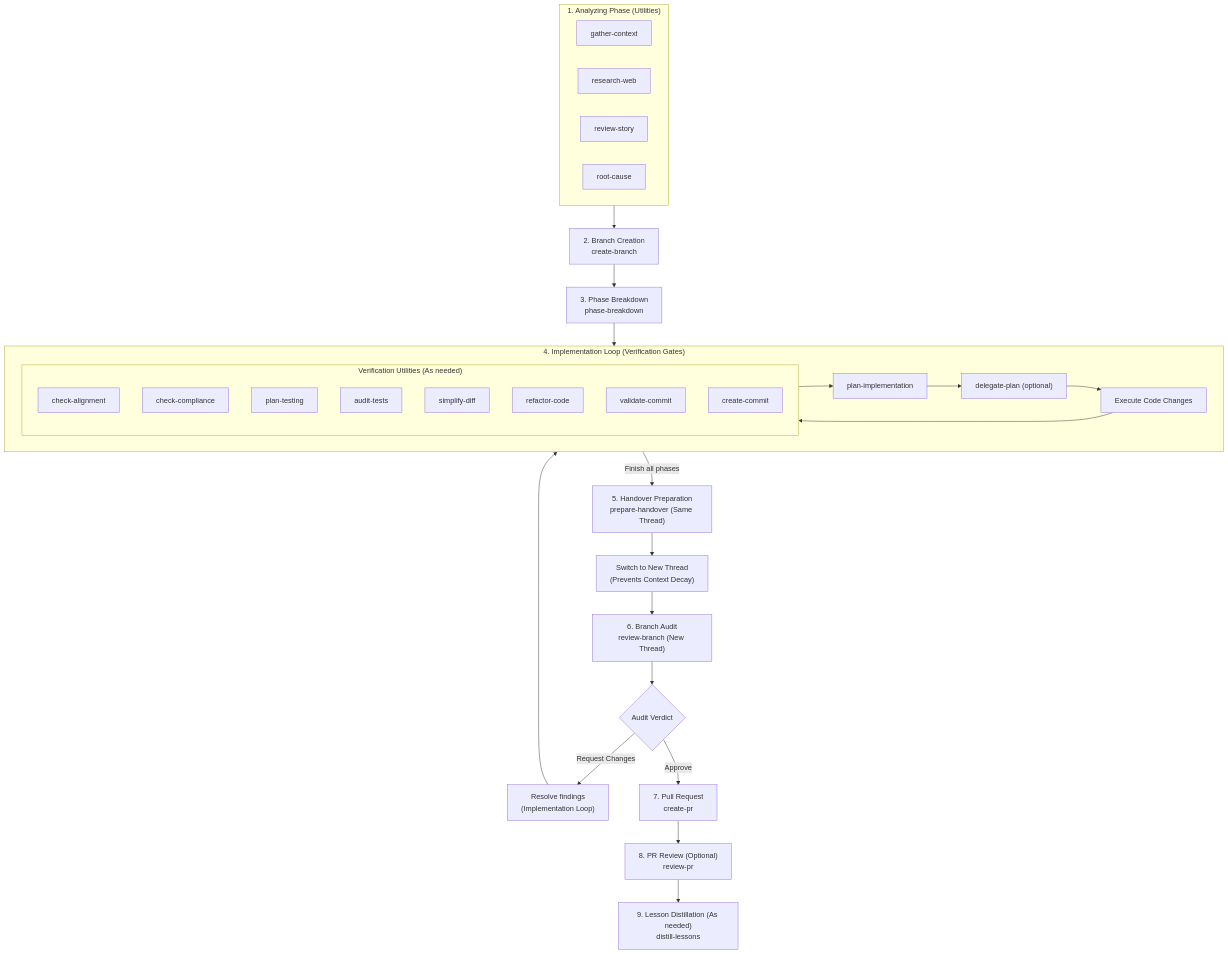
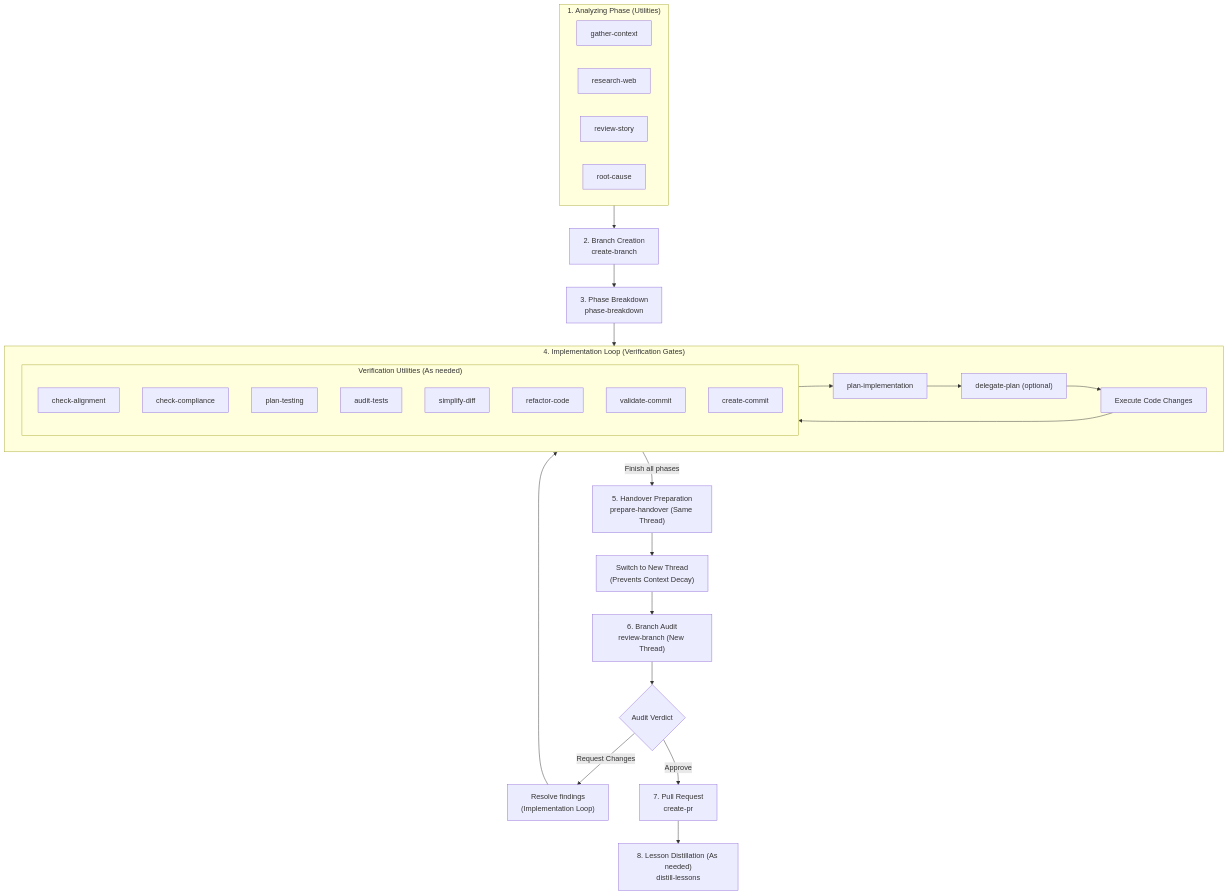
The diagram in LIFECYCLE.md (jrobertogarcia/agent-workflows), drawn with Mermaid before and after one commit. The commit also changed other lines of this file and 3 other files, not shown here.

````diff
--- a/LIFECYCLE.md
+++ b/LIFECYCLE.md
@@ -13,65 +13,63 @@
 ```mermaid
 graph TD
     %% Analyzing Phase
     subgraph Analyzing ["1. Analyzing Phase (Utilities)"]
         GC["gather-context"]
         RW["research-web"]
         RS["review-story"]
         RC["root-cause"]
     end
 
     %% Branch & Plan Phase
     CB["2. Branch Creation<br>create-branch"]
     PB["3. Phase Breakdown<br>phase-breakdown"]
     
     subgraph Loop ["4. Implementation Loop (Verification Gates)"]
         PI["plan-implementation"]
         DP["delegate-plan (optional)"]
         Code["Execute Code Changes"]
         
         %% Loop Utilities
         subgraph Utilities ["Verification Utilities (As needed)"]
             CA["check-alignment"]
             CC["check-compliance"]
             PT["plan-testing"]
             AT["audit-tests"]
             SD["simplify-diff"]
             RF["refactor-code"]
             VC["validate-commit"]
             CM["create-commit"]
         end
         
         PI --> DP
         DP --> Code
         Code --> Utilities
         Utilities --> PI
     end
 
     %% Handover & Review Phase
     PH["5. Handover Preparation<br>prepare-handover (Same Thread)"]
     Switch["Switch to New Thread<br>(Prevents Context Decay)"]
     RB["6. Branch Audit<br>review-branch (New Thread)"]
     
     %% Branch Review Outcome
     Decide{"Audit Verdict"}
     Fix["Resolve findings<br>(Implementation Loop)"]
     
     %% PR Release Phase
     CPR["7. Pull Request<br>create-pr"]
-    RPR["8. PR Review (Optional)<br>review-pr"]
-    DL["9. Lesson Distillation (As needed)<br>distill-lessons"]
+    DL["8. Lesson Distillation (As needed)<br>distill-lessons"]
 
     %% Flow connections
     Analyzing --> CB
     CB --> PB
     PB --> Loop
     Loop -->|Finish all phases| PH
     PH --> Switch
     Switch --> RB
     RB --> Decide
     Decide -->|Request Changes| Fix
     Decide -->|Approve| CPR
     Fix --> Loop
-    CPR --> RPR
-    RPR --> DL
+    CPR --> DL
 ```
````
